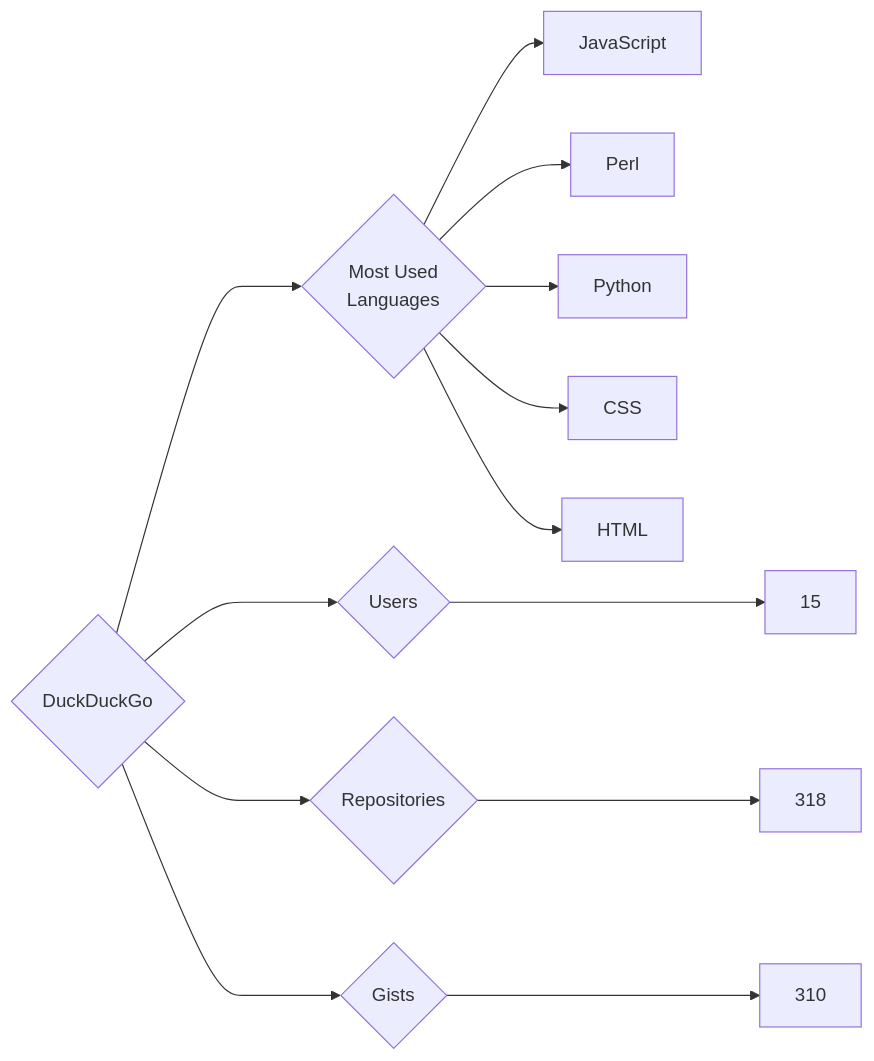
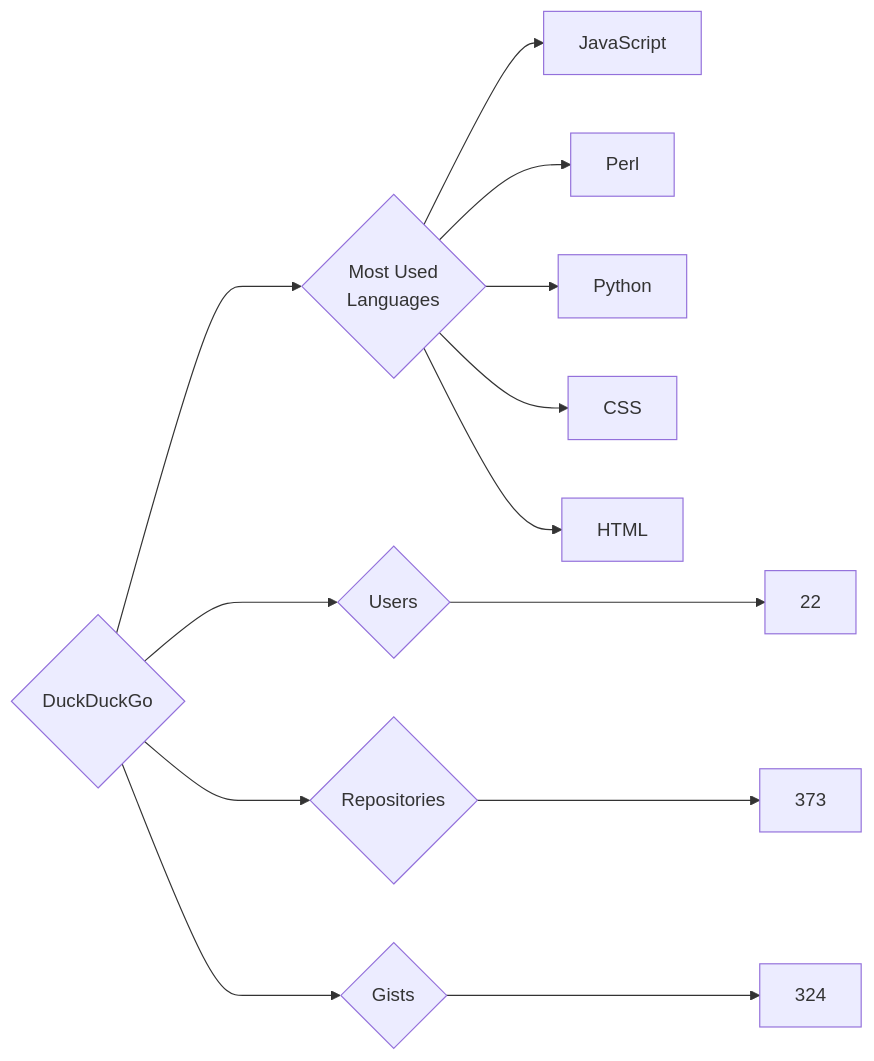
Before and after one commit to trickest/insiders: the diagram in targets/DuckDuckGo/README.md, drawn with Mermaid. The commit also changed 610 other files, not shown here.

````diff
--- a/targets/DuckDuckGo/README.md
+++ b/targets/DuckDuckGo/README.md
@@ -3,13 +3,13 @@
 ```mermaid
 graph LR
 COMPANY_NAME{DuckDuckGo}
-COMPANY_NAME ---> U{Users} ---> UN[15]
-COMPANY_NAME ---> R{Repositories} ---> RN[318]
-COMPANY_NAME ---> G{Gists} ---> GN[310]
+COMPANY_NAME ---> U{Users} ---> UN[22]
+COMPANY_NAME ---> R{Repositories} ---> RN[373]
+COMPANY_NAME ---> G{Gists} ---> GN[324]
 COMPANY_NAME ---> ML{Most Used<br>Languages}
 ML --> JavaScript[JavaScript]
 ML --> Perl[Perl]
 ML --> Python[Python]
 ML --> CSS[CSS]
 ML --> HTML[HTML]
 ```
````
